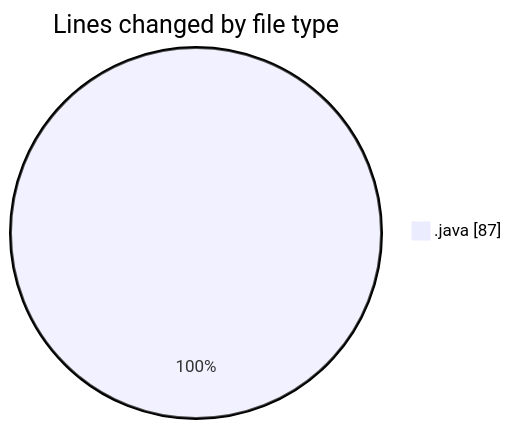
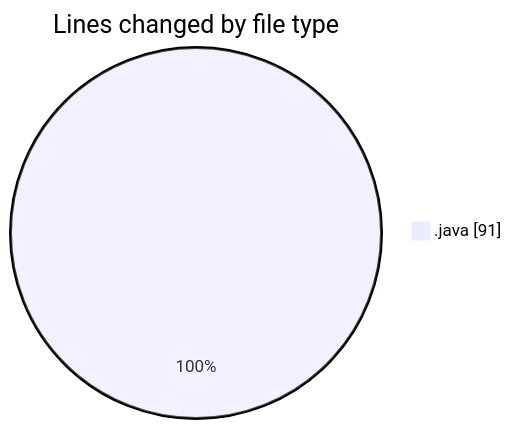
The first of 2 diagrams in 2025-02-10/classwork/README.md (NitaiMahat/code-tracking), drawn with Mermaid before and after one commit. The commit also changed other lines of this file and 1 other file, not shown here.

````diff
--- a/2025-02-10/classwork/README.md
+++ b/2025-02-10/classwork/README.md
@@ -23,5 +23,5 @@
 ```mermaid
 pie showData
 title Lines changed by file type
-".java" : 87
+".java" : 91
 ```
````
